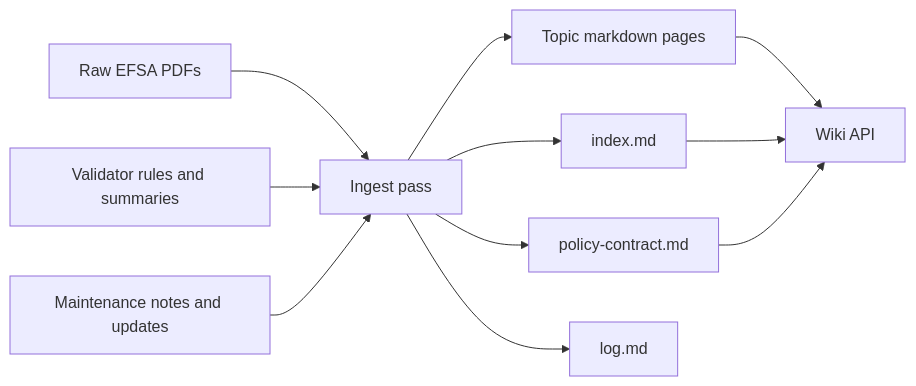
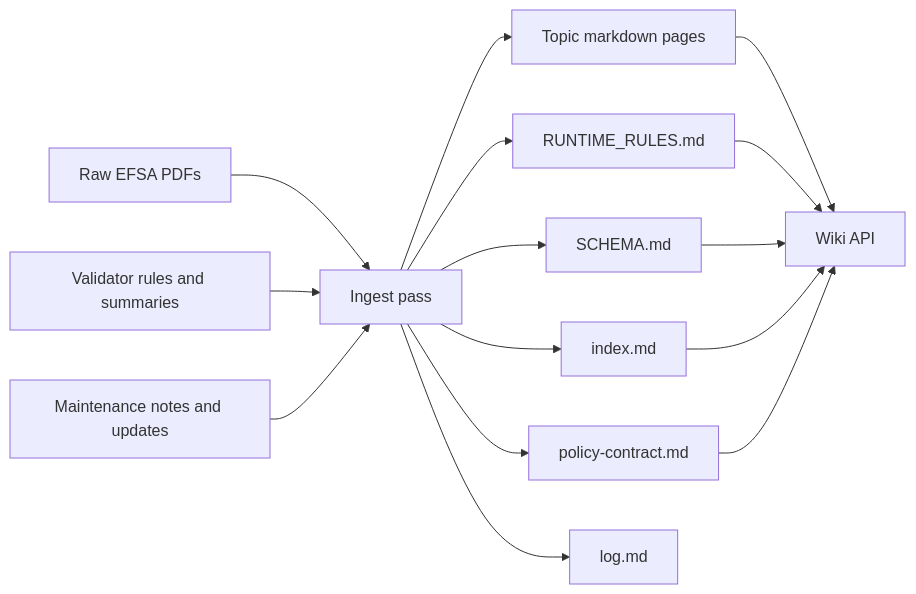
One commit to Chili36/Foodex2_Wiki changed the second of 2 diagrams in README.md. Above: the diagram before and after it, drawn with Mermaid. The commit also changed other lines of this file and 9 other files, not shown here.

````diff
--- a/README.md
+++ b/README.md
@@ -91,13 +93,17 @@
 ```mermaid
 flowchart LR
     A["Raw EFSA PDFs"] --> D["Ingest pass"]
     B["Validator rules and summaries"] --> D
     C["Maintenance notes and updates"] --> D
     D --> E["Topic markdown pages"]
+    D --> J["RUNTIME_RULES.md"]
+    D --> K["SCHEMA.md"]
     D --> F["index.md"]
     D --> G["policy-contract.md"]
     D --> H["log.md"]
     E --> I["Wiki API"]
+    J --> I
+    K --> I
     F --> I
     G --> I
 ```
````
